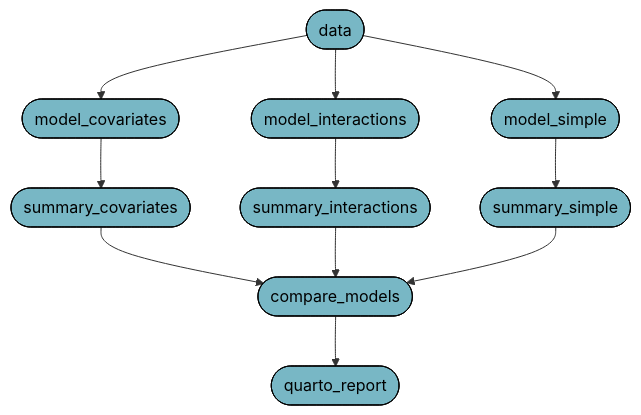
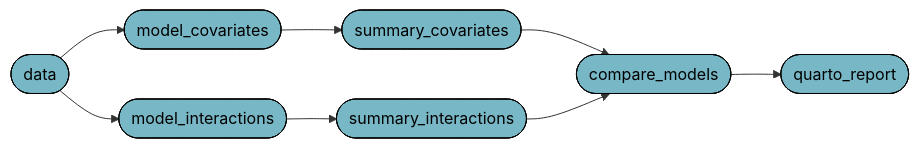
One commit to wlandau/posit2024 changed the diagram in index.qmd. Above: the diagram before and after it, drawn with Mermaid. The commit also changed other lines of this file and 6 other files, not shown here.

````diff
--- a/index.qmd
+++ b/index.qmd
@@ -245,16 +210,13 @@
 ```{mermaid}
-graph TB
-  direction TB
+graph LR
+  direction LR
   x0b88dc07a3d2db7d(["model_covariates"]):::outdated --> x2f9fc018ab703ad9(["summary_covariates"]):::outdated
   xb7119b48552d1da3(["data"]):::outdated --> x0cdc9665e00a10da(["model_interactions"]):::outdated
-  xb7119b48552d1da3(["data"]):::outdated --> xbb787cf099f745bb(["model_simple"]):::outdated
   x0cdc9665e00a10da(["model_interactions"]):::outdated --> xe1021174c85186bb(["summary_interactions"]):::outdated
   x2f9fc018ab703ad9(["summary_covariates"]):::outdated --> x86c744fee9e9e798(["compare_models"]):::outdated
   xe1021174c85186bb(["summary_interactions"]):::outdated --> x86c744fee9e9e798(["compare_models"]):::outdated
-  x0c03b9a838de70e1(["summary_simple"]):::outdated --> x86c744fee9e9e798(["compare_models"]):::outdated
   x86c744fee9e9e798(["compare_models"]):::outdated --> x34784fce8899e1b4(["quarto_report"]):::outdated
   xb7119b48552d1da3(["data"]):::outdated --> x0b88dc07a3d2db7d(["model_covariates"]):::outdated
-  xbb787cf099f745bb(["model_simple"]):::outdated --> x0c03b9a838de70e1(["summary_simple"]):::outdated
   classDef outdated stroke:#000000,color:#000000,fill:#78B7C5;
   classDef none stroke:#000000,color:#000000,fill:#94a4ac;
 ```
````
